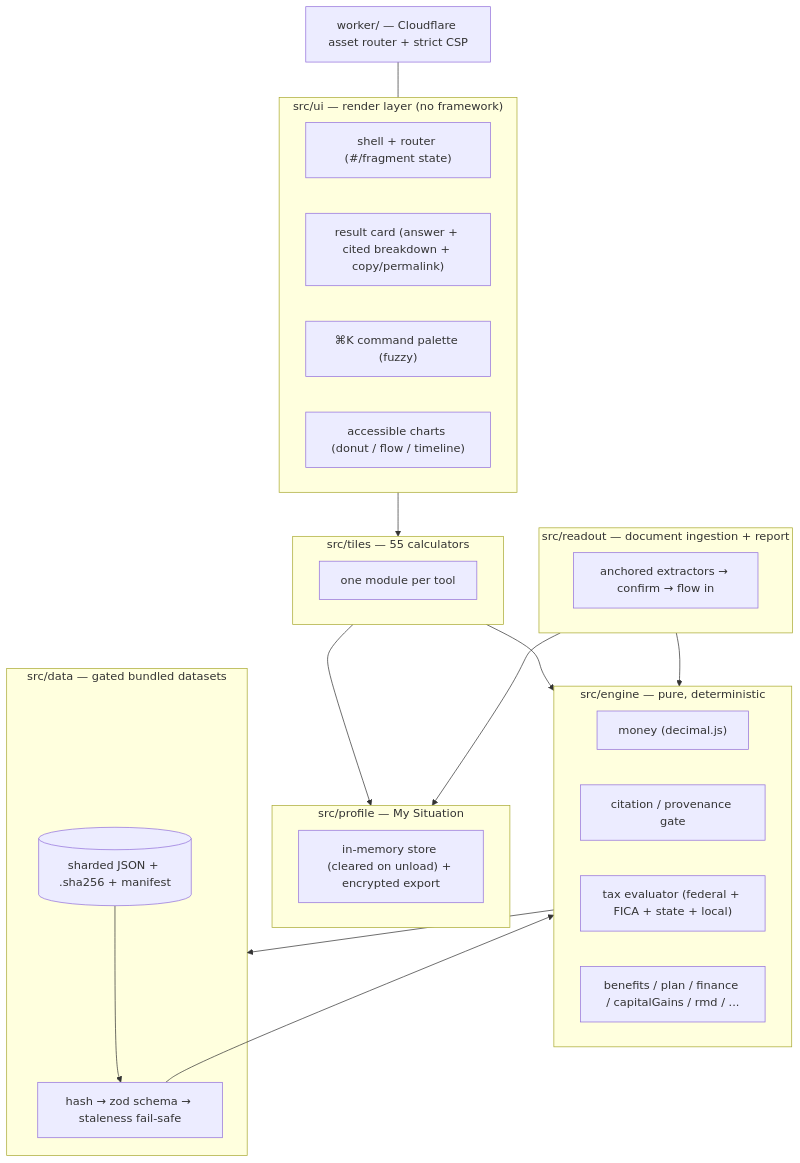
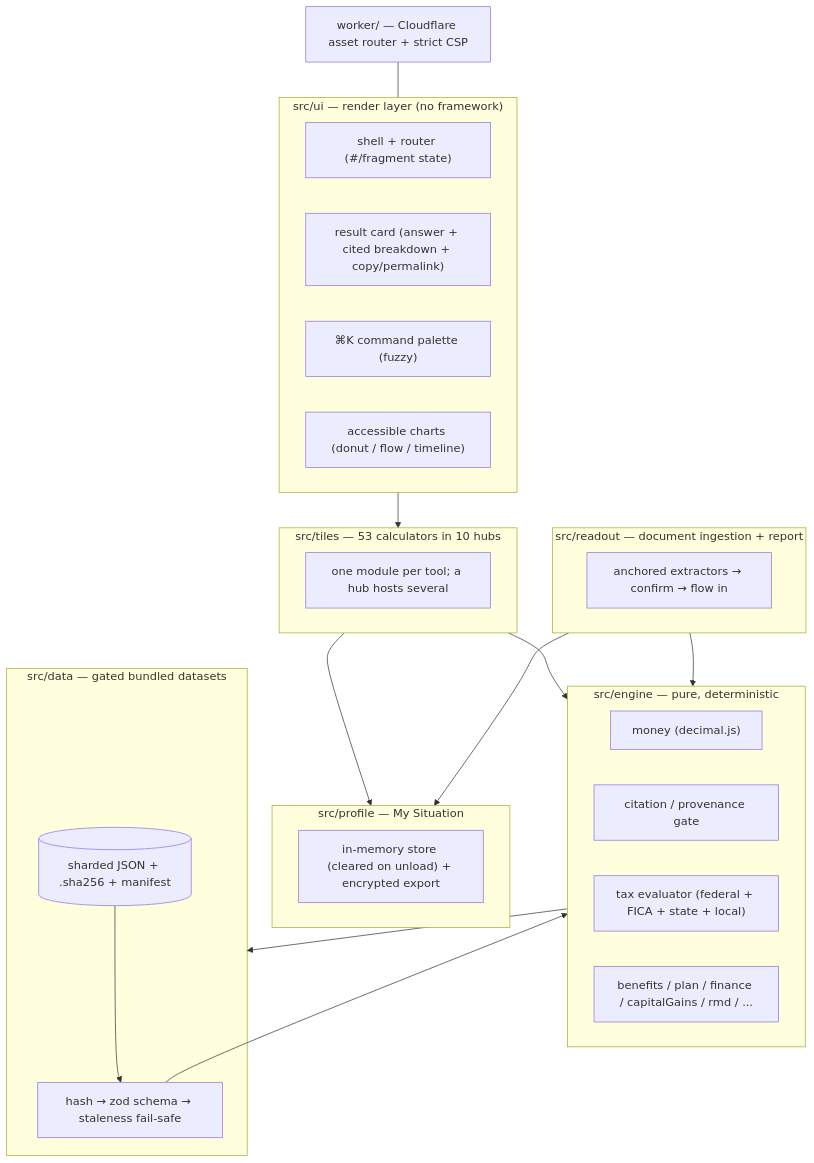
The second of 6 diagrams in README.md (clay-good/enklayve), drawn with Mermaid before and after one commit. The commit also changed other lines of this file and 10 other files, not shown here.

````diff
--- a/README.md
+++ b/README.md
@@ -223,36 +234,36 @@
 ```mermaid
 flowchart TD
     subgraph UI["src/ui — render layer (no framework)"]
         SH["shell + router (#/fragment state)"]
         RC["result card (answer + cited breakdown + copy/permalink)"]
         CP["⌘K command palette (fuzzy)"]
         CH["accessible charts (donut / flow / timeline)"]
     end
-    subgraph TILES["src/tiles — 55 calculators"]
-        T1["one module per tool"]
+    subgraph TILES["src/tiles — 53 calculators in 10 hubs"]
+        T1["one module per tool; a hub hosts several"]
     end
     subgraph PROFILE["src/profile — My Situation"]
         PS["in-memory store (cleared on unload) + encrypted export"]
     end
     subgraph READOUT["src/readout — document ingestion + report"]
         RX["anchored extractors → confirm → flow in"]
     end
     subgraph ENGINE["src/engine — pure, deterministic"]
         MN["money (decimal.js)"]
         CI["citation / provenance gate"]
         TAX["tax evaluator (federal + FICA + state + local)"]
         BEN["benefits / plan / finance / capitalGains / rmd / ..."]
     end
     subgraph DATA["src/data — gated bundled datasets"]
         LO["hash → zod schema → staleness fail-safe"]
         DS[("sharded JSON + .sha256 + manifest")]
     end
     TILES --> ENGINE
     READOUT --> ENGINE
     TILES --> PROFILE
     READOUT --> PROFILE
     UI --> TILES
     ENGINE --> DATA
     DS --> LO --> ENGINE
     WORKER["worker/ — Cloudflare asset router + strict CSP"] --- UI
 ```
````
